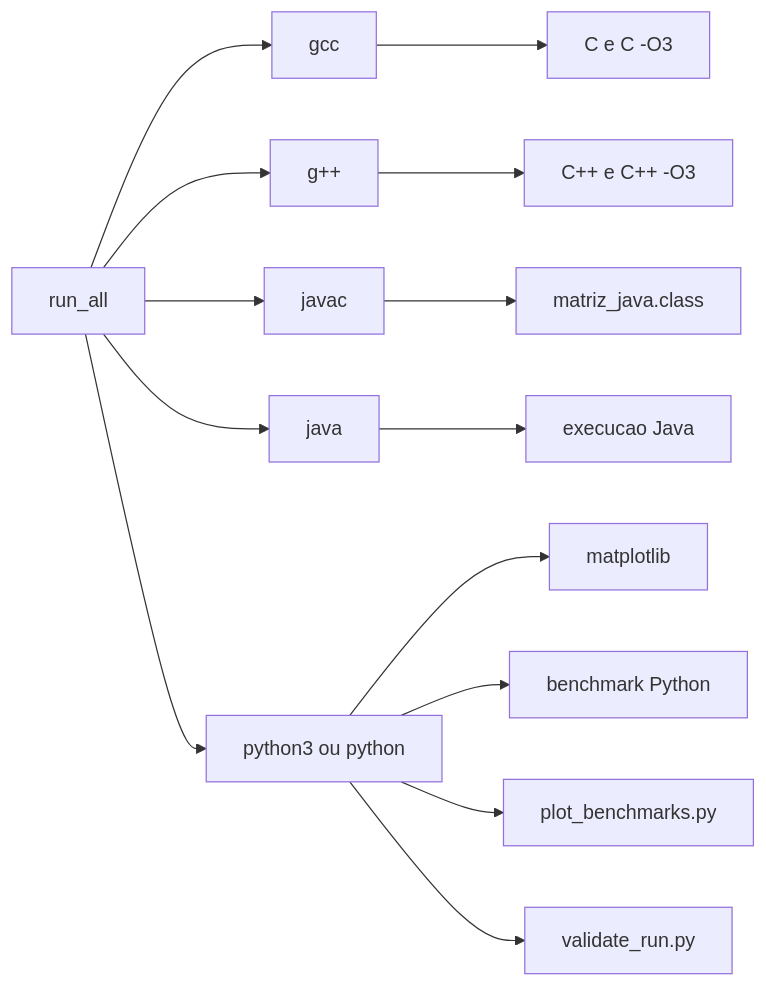
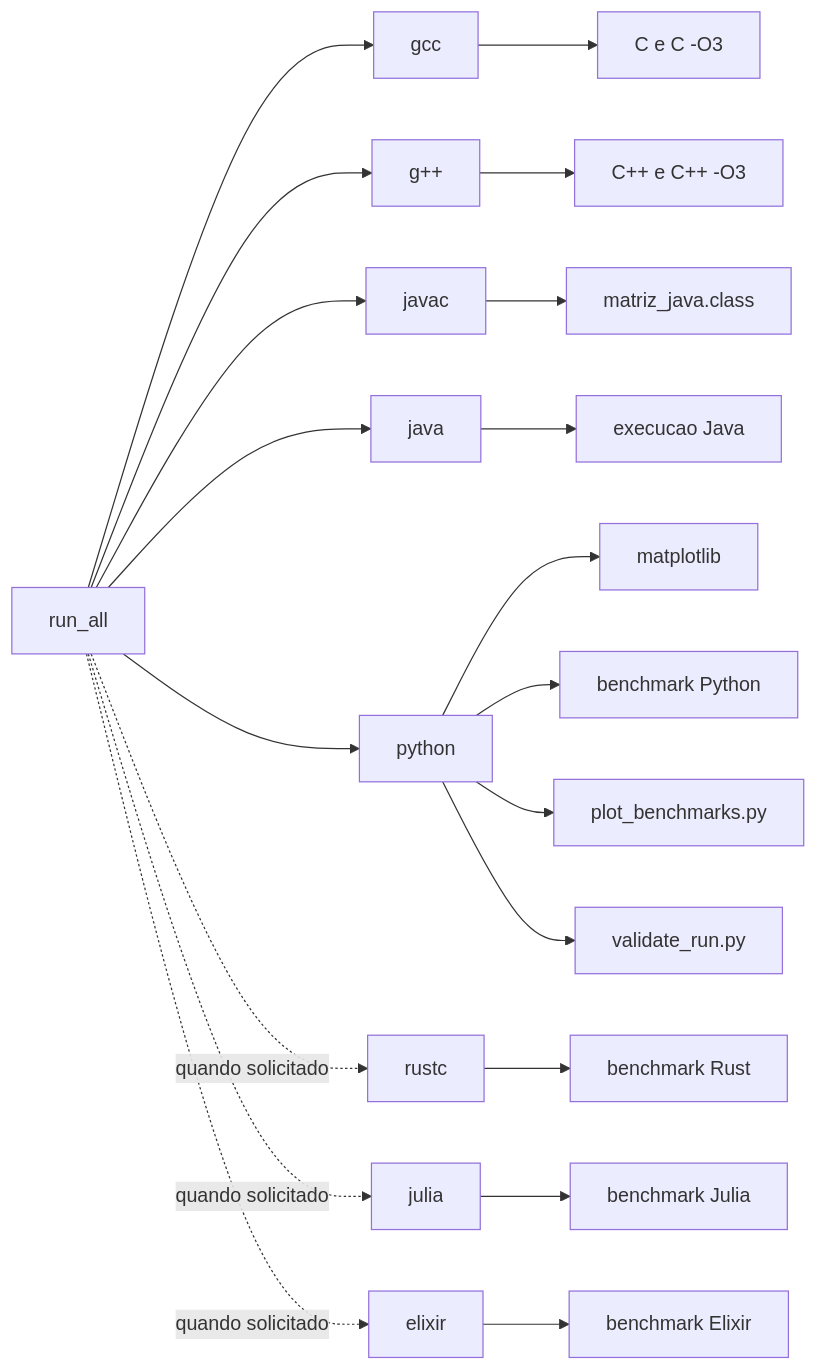
Before and after one commit to Lucas-Sperotto/matrix-multiplication-benchmark: diagram 14 of 16 in docs/DIAGRAMS.md, drawn with Mermaid. The commit also changed other lines of this file, not shown here.

Commit message:
docs: corrige diagramas Mermaid e atualiza fluxo de preflight

````diff
--- a/docs/DIAGRAMS.md
+++ b/docs/DIAGRAMS.md
@@ -444,17 +456,24 @@
 ```mermaid
 flowchart LR
-    Runner[run_all] --> GCC[gcc]
-    Runner --> GPP[g++]
-    Runner --> JDK[javac]
-    Runner --> JVM[java]
-    Runner --> Python[python3 ou python]
-    Python --> Matplotlib[matplotlib]
+    Runner["run_all"] --> GCC["gcc"]
+    Runner --> GPP["g++"]
+    Runner --> JDK["javac"]
+    Runner --> JVM["java"]
+    Runner --> Python["python"]
+    Python --> Matplotlib["matplotlib"]
 
-    GCC --> CBuild[C e C -O3]
-    GPP --> CppBuild[C++ e C++ -O3]
-    JDK --> JavaBuild[matriz_java.class]
-    JVM --> JavaRun[execucao Java]
-    Python --> PyRun[benchmark Python]
-    Python --> PlotRun[plot_benchmarks.py]
-    Python --> ValRun[validate_run.py]
+    Runner -. quando solicitado .-> Rustc["rustc"]
+    Runner -. quando solicitado .-> Julia["julia"]
+    Runner -. quando solicitado .-> Elixir["elixir"]
+
+    GCC --> CBuild["C e C -O3"]
+    GPP --> CppBuild["C++ e C++ -O3"]
+    JDK --> JavaBuild["matriz_java.class"]
+    JVM --> JavaRun["execucao Java"]
+    Python --> PyRun["benchmark Python"]
+    Python --> PlotRun["plot_benchmarks.py"]
+    Python --> ValRun["validate_run.py"]
+    Rustc --> RustRun["benchmark Rust"]
+    Julia --> JuliaRun["benchmark Julia"]
+    Elixir --> ElixirRun["benchmark Elixir"]
 ```
````
